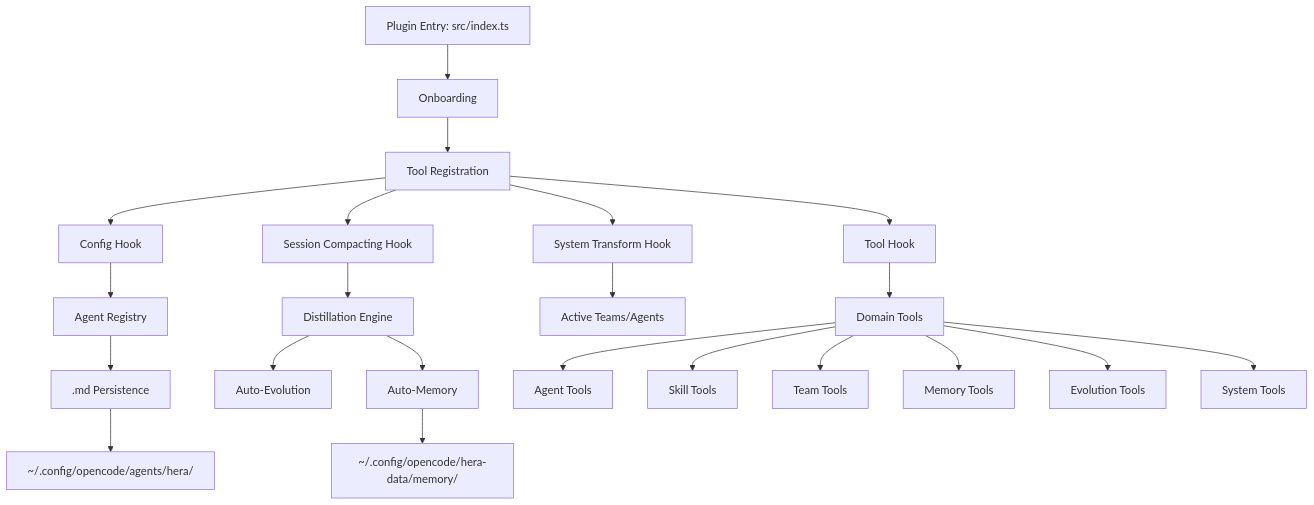
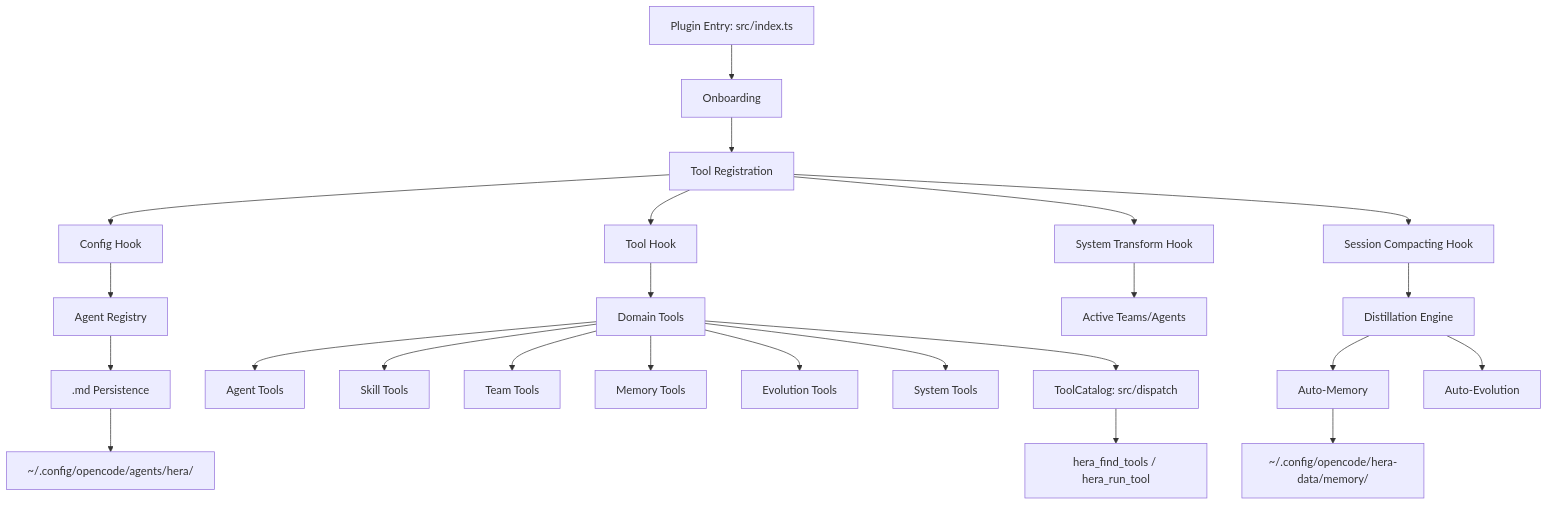
One commit to yangyifei123/hera-agent changed the diagram in ARCHITECTURE.md. Above: the diagram before and after it, drawn with Mermaid. The commit also changed other lines of this file and 3 other files, not shown here.

Commit message:
docs: progressive disclosure + tool catalog (README, CLAUDE.md, ARCHITECTURE)

````diff
--- a/ARCHITECTURE.md
+++ b/ARCHITECTURE.md
@@ -5,24 +5,26 @@
 ```mermaid
 graph TD
     A[Plugin Entry: src/index.ts] --> B[Onboarding]
     B --> C[Tool Registration]
     C --> D[Config Hook]
     C --> E[Tool Hook]
     C --> F[System Transform Hook]
     C --> G[Session Compacting Hook]
     D --> H[Agent Registry]
     E --> I[Domain Tools]
     F --> J[Active Teams/Agents]
     G --> K[Distillation Engine]
     K --> L[Auto-Memory]
     K --> M[Auto-Evolution]
     H --> N[.md Persistence]
     I --> O[Agent Tools]
     I --> P[Skill Tools]
     I --> Q[Team Tools]
     I --> R[Memory Tools]
     I --> S[Evolution Tools]
     I --> T[System Tools]
+    I --> W[ToolCatalog: src/dispatch]
+    W --> X[hera_find_tools / hera_run_tool]
     N --> U[~/.config/opencode/agents/hera/]
     L --> V[~/.config/opencode/hera-data/memory/]
 ```
````
